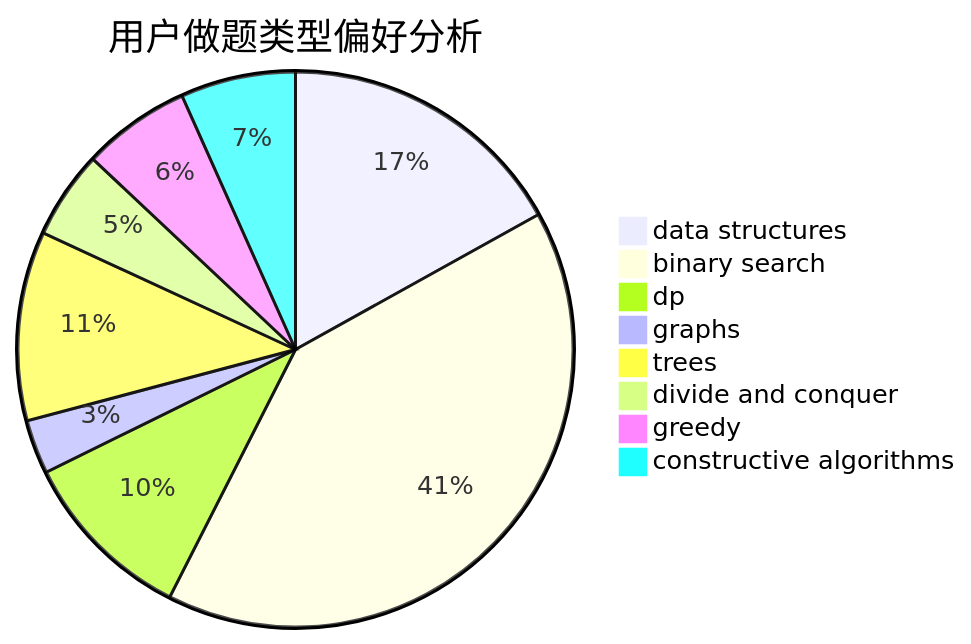
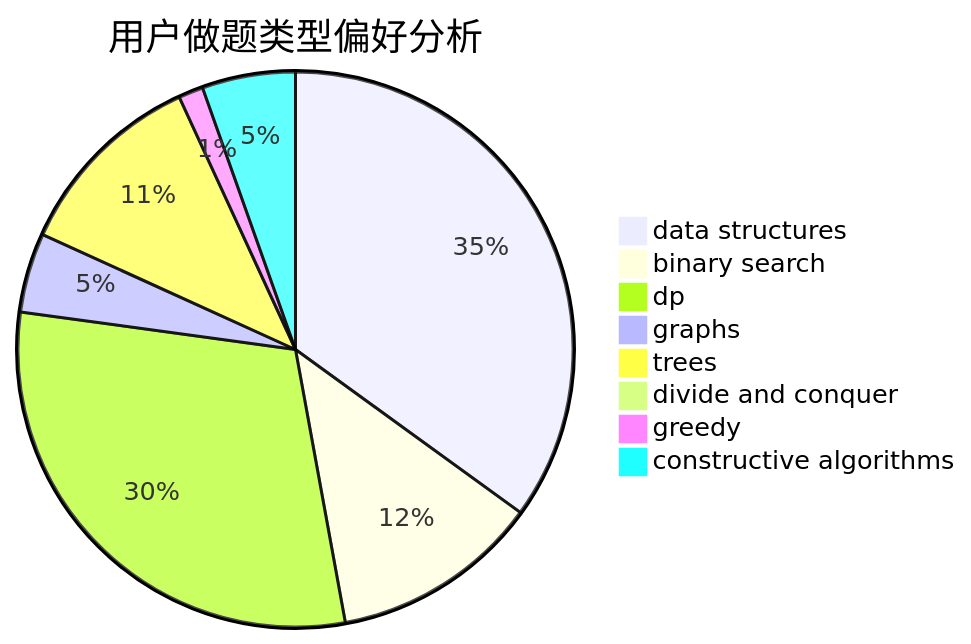
The second of 3 diagrams in docs/user/u266.md (sherpahu/cfrs.github.io), drawn with Mermaid before and after one commit. The commit also changed other lines of this file and 2770 other files, not shown here.

````diff
--- a/docs/user/u266.md
+++ b/docs/user/u266.md
@@ -23,11 +23,11 @@
 ```mermaid
 pie title 用户做题类型偏好分析
-    "data structures" :  43
-    "binary search" :  103
-    "dp" :  26
-    "graphs" :  8
-    "trees" :  28
-    "divide and conquer" :  13
-    "greedy" :  16
-    "constructive algorithms" :  17
+    "data structures" :  219
+    "binary search" :  76
+    "dp" :  188
+    "graphs" :  29
+    "trees" :  71
+    "divide and conquer" :  0
+    "greedy" :  9
+    "constructive algorithms" :  34
 ```
````
